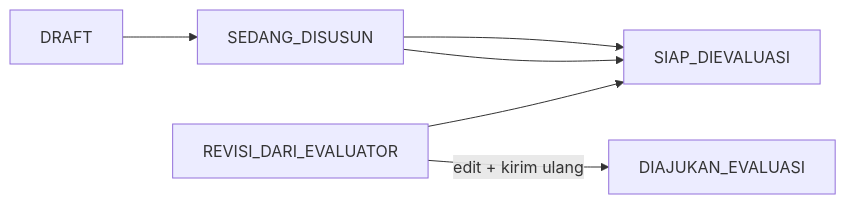
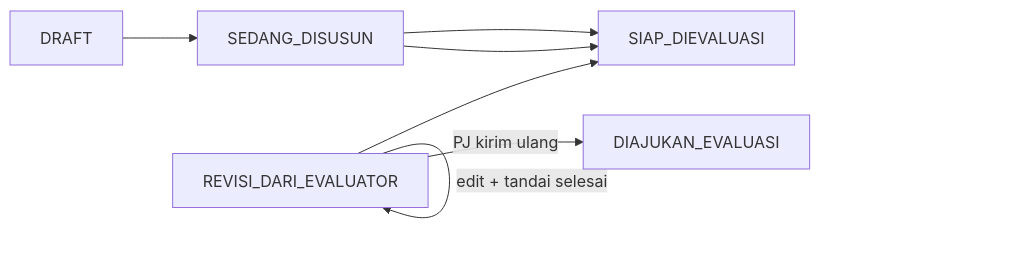
One commit to howlil/sop-generate-app changed the diagram in docs/BUSINESS-SPEC.md. Above: the diagram before and after it, drawn with Mermaid. The commit also changed other lines of this file and 145 other files, not shown here.

````diff
--- a/docs/BUSINESS-SPEC.md
+++ b/docs/BUSINESS-SPEC.md
@@ -141,8 +140,9 @@
 ```mermaid
 flowchart LR
   D[DRAFT] --> SD[SEDANG_DISUSUN]
   SD --> SDE[SIAP_DIEVALUASI]
-  R[REVISI_DARI_EVALUATOR] -->|edit + kirim ulang| DAE[DIAJUKAN_EVALUASI]
+  R[REVISI_DARI_EVALUATOR] -->|edit + tandai selesai| R
+  R -->|PJ kirim ulang| DAE[DIAJUKAN_EVALUASI]
   SD --> SDE
   R --> SDE
 ```
````
